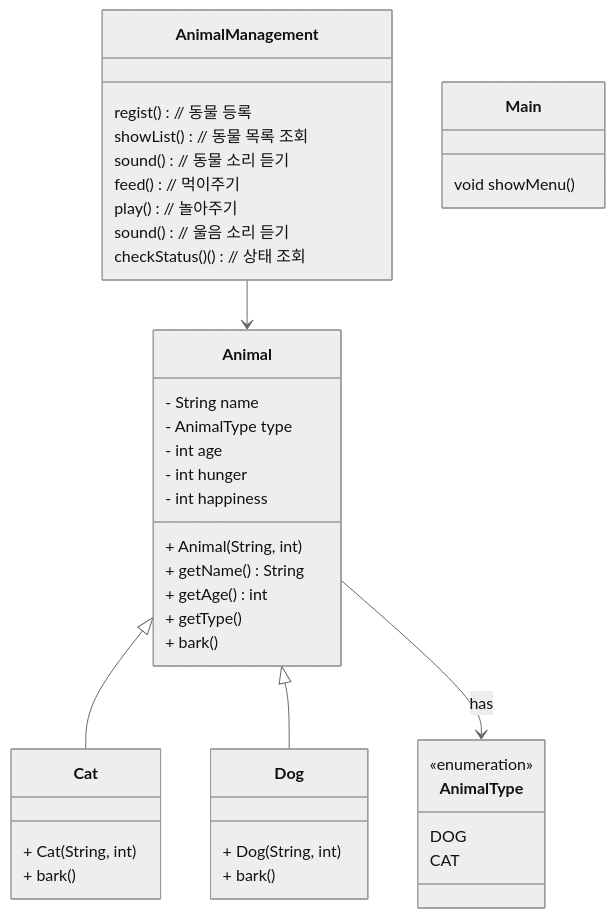
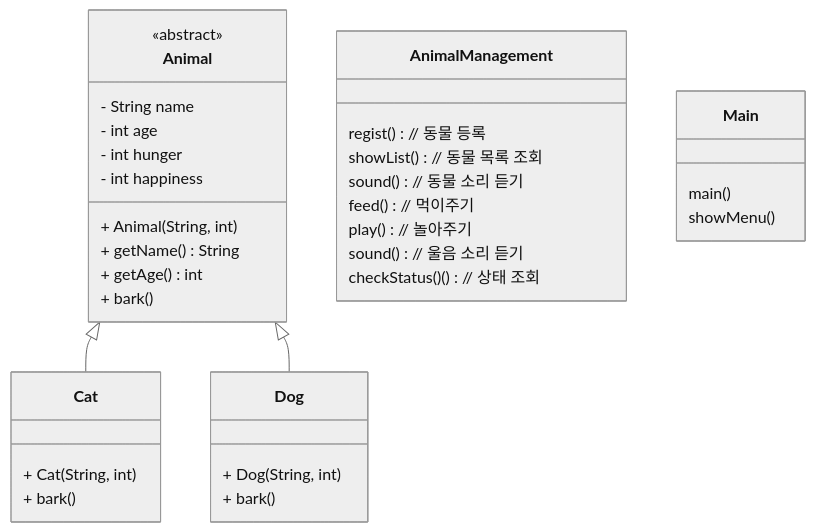
The diagram in README.md (foresty110/AnimalManager), drawn with Mermaid (neutral theme) before and after one commit.

Commit message:
docs: update README
- 추상 클래스 설정
- AnimalType (enum) 제거

````diff
--- a/README.md
+++ b/README.md
@@ -4,51 +4,43 @@
 ```mermaid
 classDiagram
 
 class Animal {
+<<abstract>>
   - String name
-  - AnimalType type
   - int age
   - int hunger
   - int happiness
   + Animal(String, int)
   + getName() String
   + getAge() int
-  + getType() 
   + bark()
-}
-
-class AnimalType {
-  <<enumeration>>
-  DOG
-  CAT
 }
 
 class Dog {
   + Dog(String, int)
   + bark()
 }
 
 class Cat {
   + Cat(String, int)
   + bark() 
 }
 
 class AnimalManagement{
   regist() // 동물 등록
   showList() // 동물 목록 조회 
   sound() // 동물 소리 듣기 
   feed() // 먹이주기
   play() // 놀아주기
   sound() // 울음 소리 듣기 
   checkStatus()() // 상태 조회 
 }
 
 class Main {
-	void showMenu() 
+	main()
+	showMenu() 
 }
 
 Animal <|-- Cat
 Animal <|-- Dog
-Animal --> AnimalType : has
-AnimalManagement --> Animal
 ```
````
